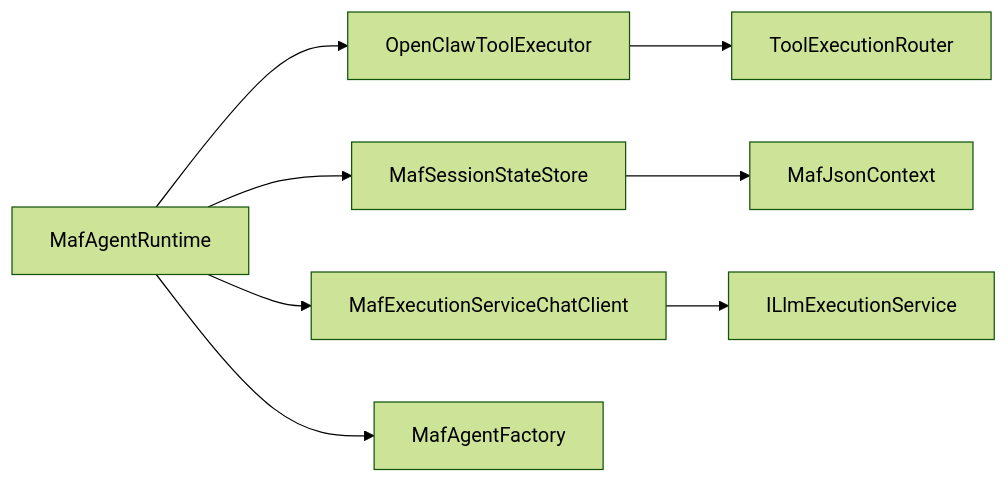
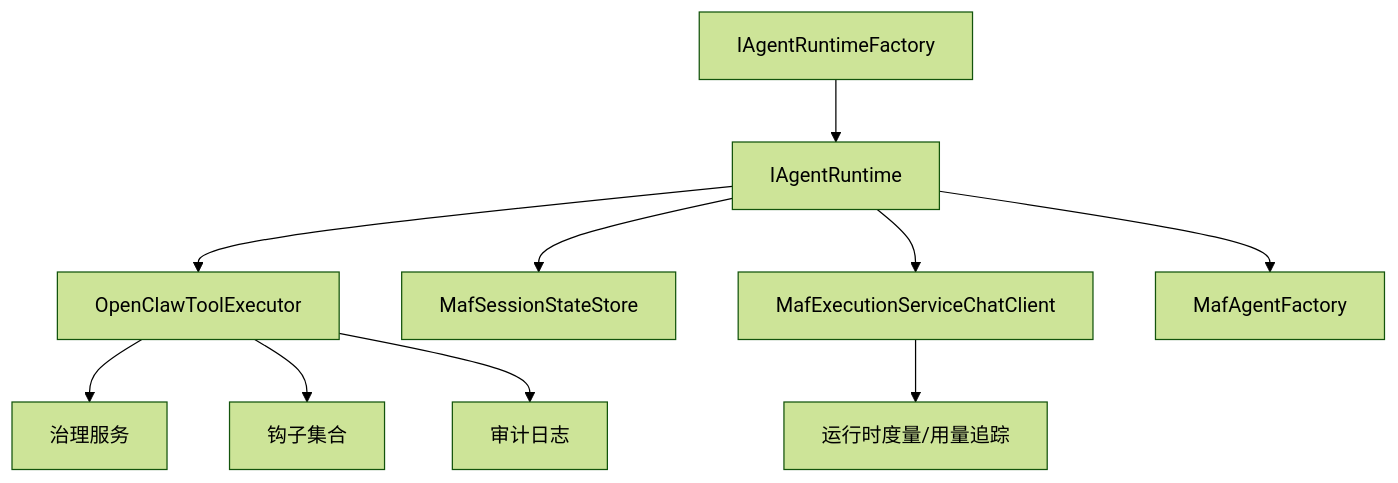
The ninth of 9 diagrams in .qoder/repowiki/zh/content/代理运行时/代理运行时.md (wayyet/kingcrab), drawn with Mermaid (forest theme) before and after one commit. The commit also changed other lines of this file and 173 other files, not shown here.

````diff
--- a/.qoder/repowiki/zh/content/代理运行时/代理运行时.md
+++ b/.qoder/repowiki/zh/content/代理运行时/代理运行时.md
@@ -430,10 +361,12 @@
 ```mermaid
-graph LR
-RT["MafAgentRuntime"] --> EX["OpenClawToolExecutor"]
+graph TB
+IFac["IAgentRuntimeFactory"] --> RT["IAgentRuntime"]
+RT --> EX["OpenClawToolExecutor"]
 RT --> SS["MafSessionStateStore"]
-RT --> CH["MafExecutionServiceChatClient"]
+RT --> CC["MafExecutionServiceChatClient"]
 RT --> AF["MafAgentFactory"]
-EX --> TR["ToolExecutionRouter"]
-SS --> JC["MafJsonContext"]
-CH --> LLM["ILlmExecutionService"]
+EX --> GOV["治理服务"]
+EX --> HOOK["钩子集合"]
+EX --> AUD["审计日志"]
+CC --> MET["运行时度量/用量追踪"]
 ```
````
